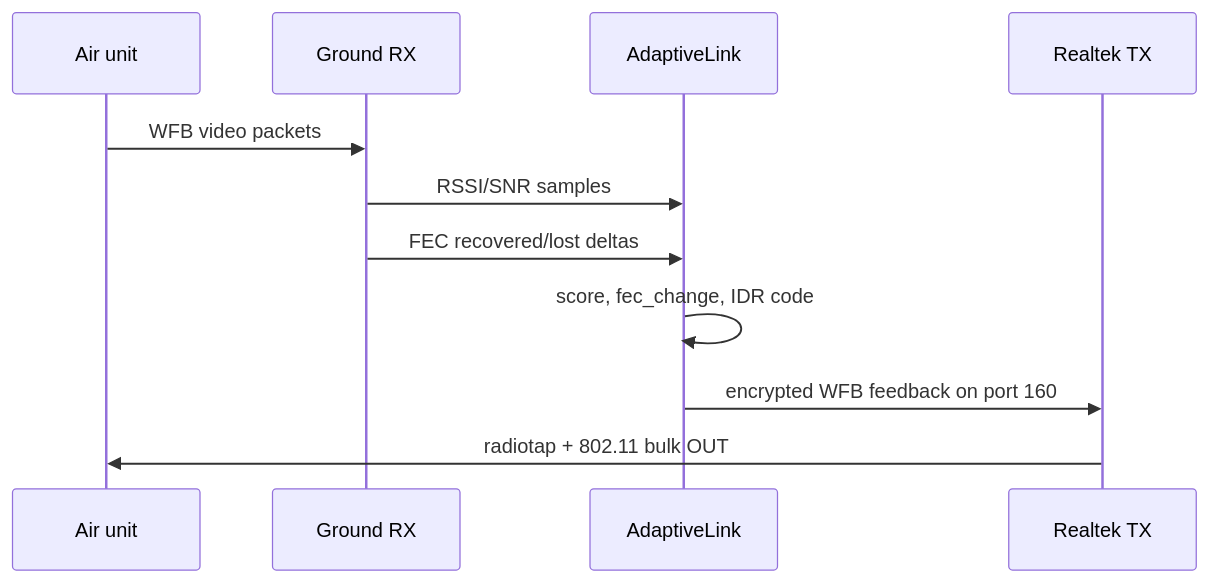
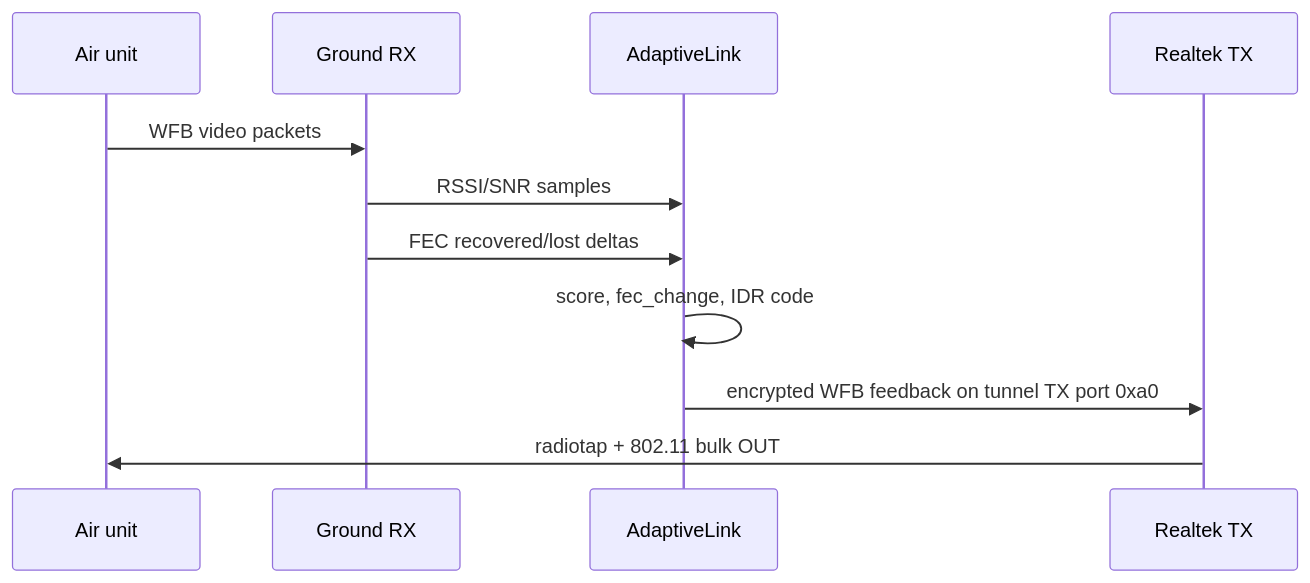
The diagram in docs/docs/adaptive-link.md (neelsani/openipc-rs), drawn with Mermaid before and after one commit. The commit also changed other lines of this file and 83 other files, not shown here.

````diff
--- a/docs/docs/adaptive-link.md
+++ b/docs/docs/adaptive-link.md
@@ -11,14 +11,14 @@
 ```mermaid
 sequenceDiagram
     participant Air as Air unit
     participant Rx as Ground RX
     participant Adaptive as AdaptiveLink
     participant Tx as Realtek TX
 
     Air->>Rx: WFB video packets
     Rx->>Adaptive: RSSI/SNR samples
     Rx->>Adaptive: FEC recovered/lost deltas
     Adaptive->>Adaptive: score, fec_change, IDR code
-    Adaptive->>Tx: encrypted WFB feedback on port 160
+    Adaptive->>Tx: encrypted WFB feedback on tunnel TX port 0xa0
     Tx->>Air: radiotap + 802.11 bulk OUT
 ```
````
